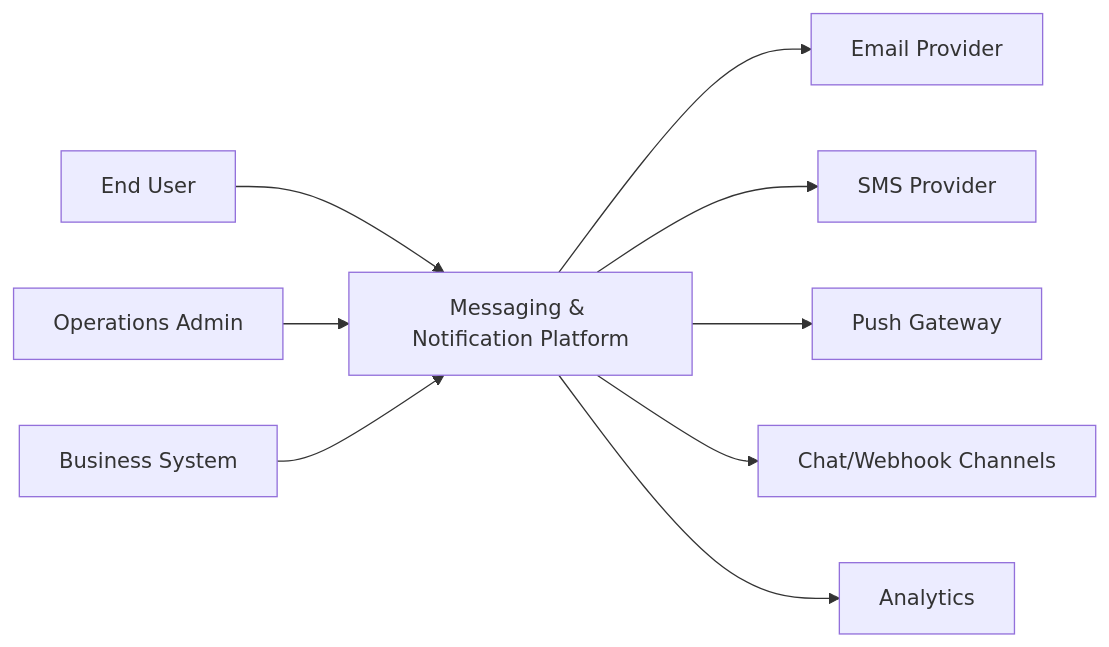
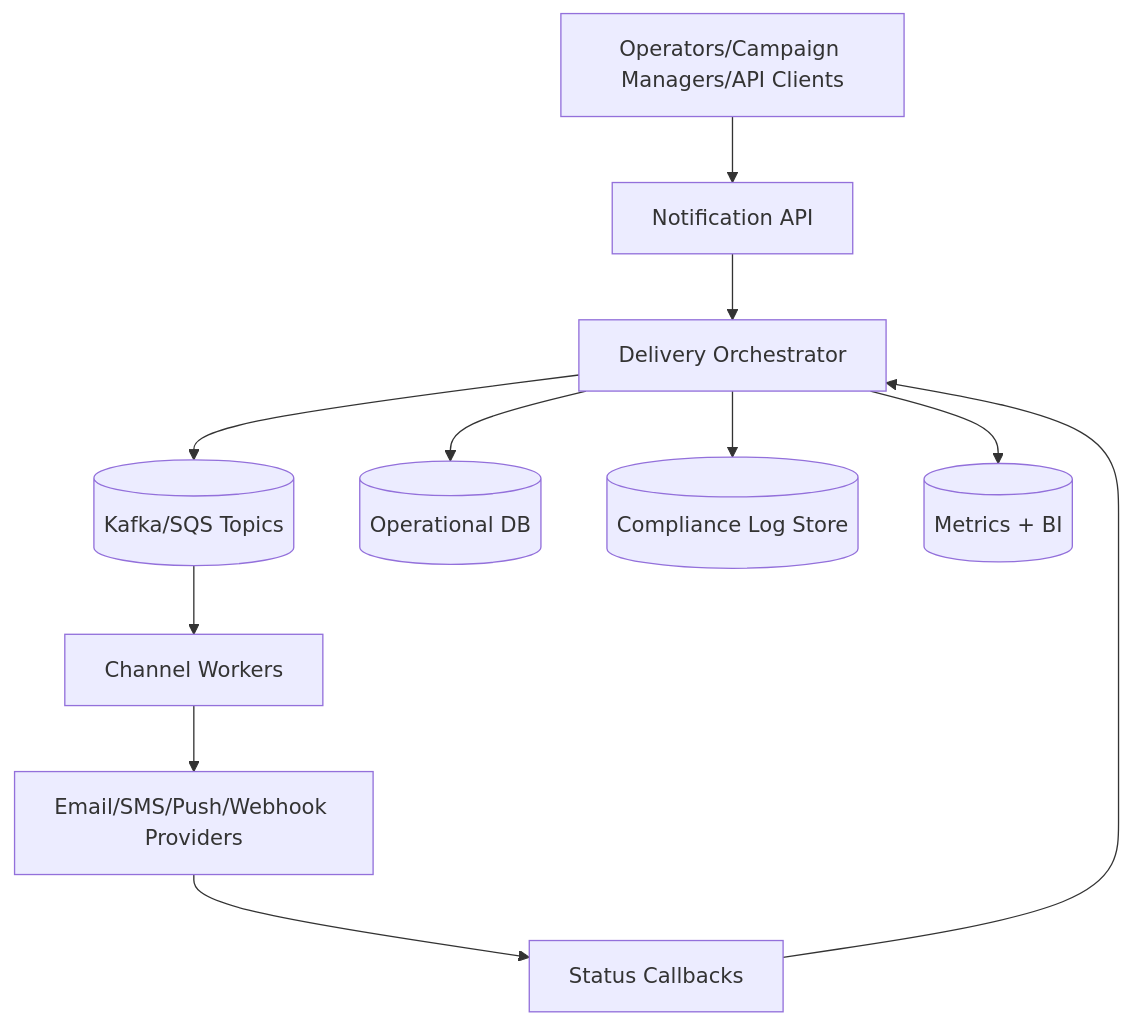
Before and after one commit to 0Ankit0/Project-Ideas: the diagram in Messaging and Notification Platform/analysis/system-context-diagram.md, drawn with Mermaid. The commit also changed other lines of this file and 37 other files, not shown here.

Commit message:
Make messaging docs implementation-ready with detailed diagrams and runbooks

````diff
--- a/Messaging and Notification Platform/analysis/system-context-diagram.md
+++ b/Messaging and Notification Platform/analysis/system-context-diagram.md
@@ -3,11 +10,13 @@
 ```mermaid
-flowchart LR
-  User[End User] --> MNP[Messaging & Notification Platform]
-  Admin[Operations Admin] --> MNP
-  Product[Business System] --> MNP
-  MNP --> Email[Email Provider]
-  MNP --> SMS[SMS Provider]
-  MNP --> Push[Push Gateway]
-  MNP --> Chat[Chat/Webhook Channels]
-  MNP --> BI[Analytics]
+flowchart TB
+  Users[Operators/Campaign Managers/API Clients] --> API[Notification API]
+  API --> Orchestrator[Delivery Orchestrator]
+  Orchestrator --> Queue[(Kafka/SQS Topics)]
+  Queue --> Workers[Channel Workers]
+  Workers --> Providers[Email/SMS/Push/Webhook Providers]
+  Providers --> Callbacks[Status Callbacks]
+  Callbacks --> Orchestrator
+  Orchestrator --> DB[(Operational DB)]
+  Orchestrator --> Audit[(Compliance Log Store)]
+  Orchestrator --> Analytics[(Metrics + BI)]
 ```
````
